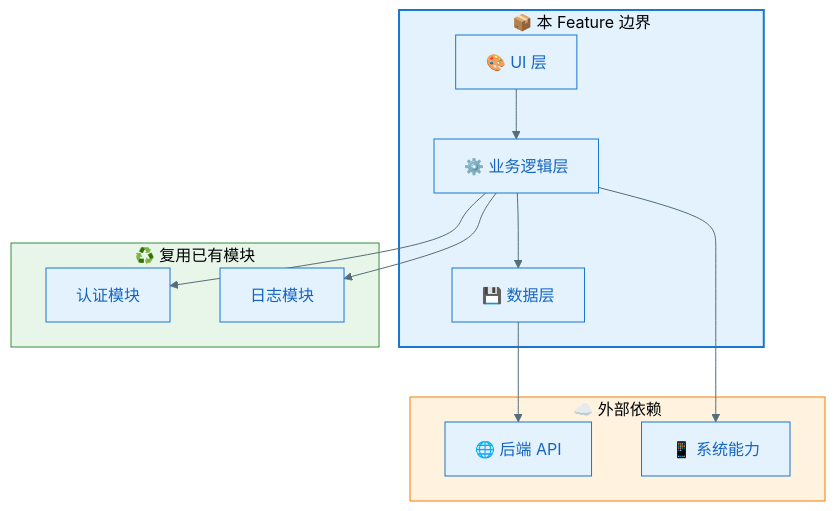
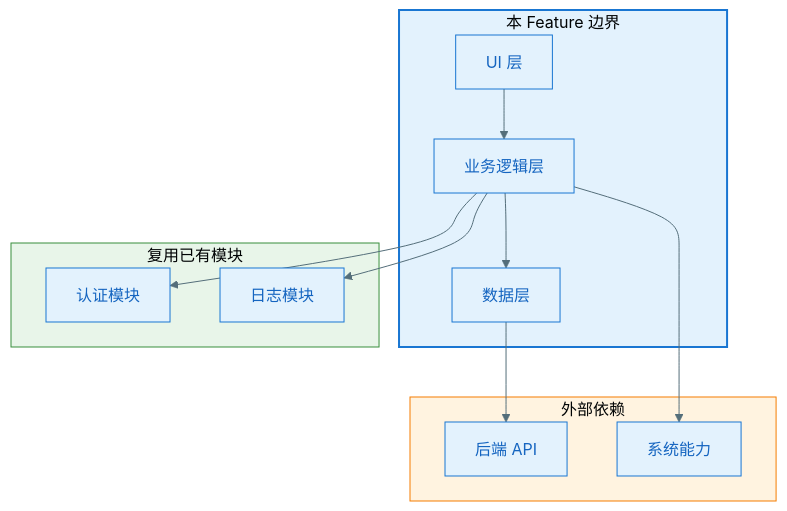
The second of 11 diagrams in .specify/templates/plan-template.md (jackykarma/Verity), drawn with Mermaid before and after one commit. The commit also changed other lines of this file and 1 other file, not shown here.

Commit message:
移除mermaid使用emoji

````diff
--- a/.specify/templates/plan-template.md
+++ b/.specify/templates/plan-template.md
@@ -138,30 +138,30 @@
 ```mermaid
 %%{init: {'theme': 'base', 'themeVariables': { 'primaryColor': '#E3F2FD', 'primaryTextColor': '#1565C0', 'primaryBorderColor': '#1976D2', 'lineColor': '#546E7A'}}}%%
 flowchart TB
-    subgraph FeatureBoundary["📦 本 Feature 边界"]
-        UI["🎨 UI 层"]
-        Logic["⚙️ 业务逻辑层"]
-        Data["💾 数据层"]
+    subgraph FeatureBoundary["本 Feature 边界"]
+        UI["UI 层"]
+        Logic["业务逻辑层"]
+        Data["数据层"]
     end
 
-    subgraph Reused["♻️ 复用已有模块"]
+    subgraph Reused["复用已有模块"]
         Auth["认证模块"]
         Logger["日志模块"]
     end
 
-    subgraph External["☁️ 外部依赖"]
-        API["🌐 后端 API"]
-        OS["📱 系统能力"]
+    subgraph External["外部依赖"]
+        API["后端 API"]
+        OS["系统能力"]
     end
 
     UI --> Logic
     Logic --> Data
     Logic --> Auth
     Logic --> Logger
     Data --> API
     Logic --> OS
 
     style FeatureBoundary fill:#E3F2FD,stroke:#1976D2,stroke-width:2px
     style Reused fill:#E8F5E9,stroke:#388E3C
     style External fill:#FFF3E0,stroke:#F57C00
 ```
````
